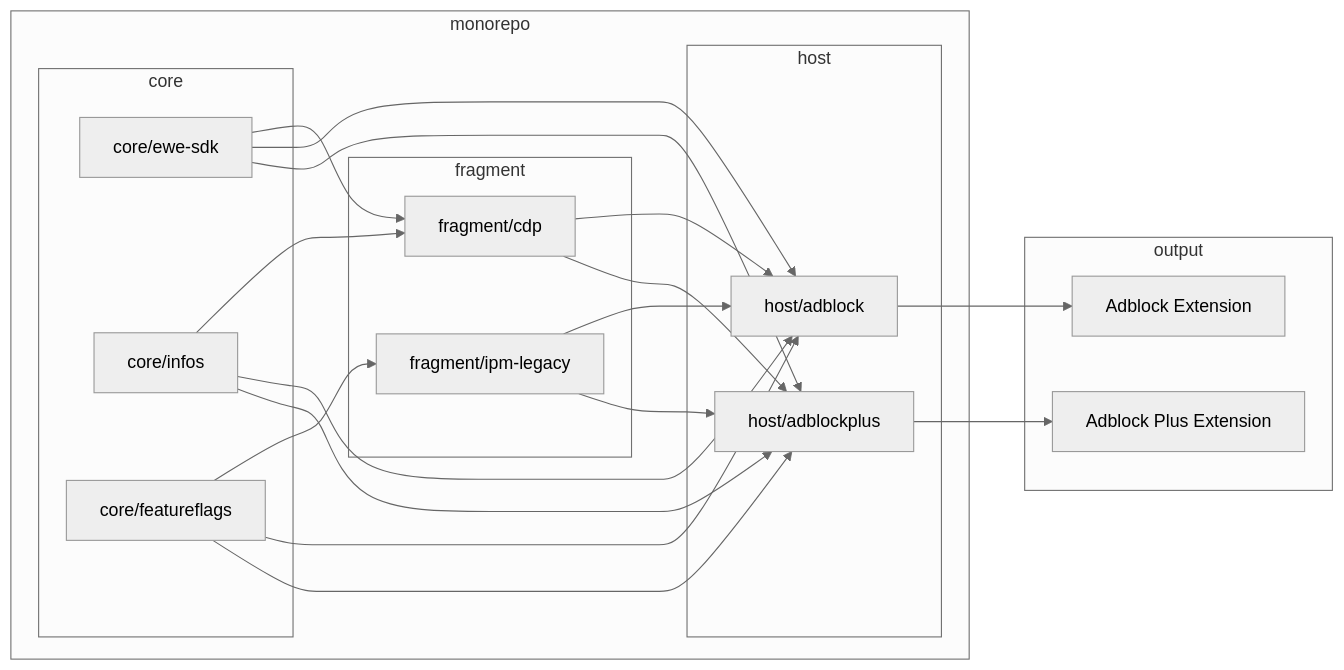
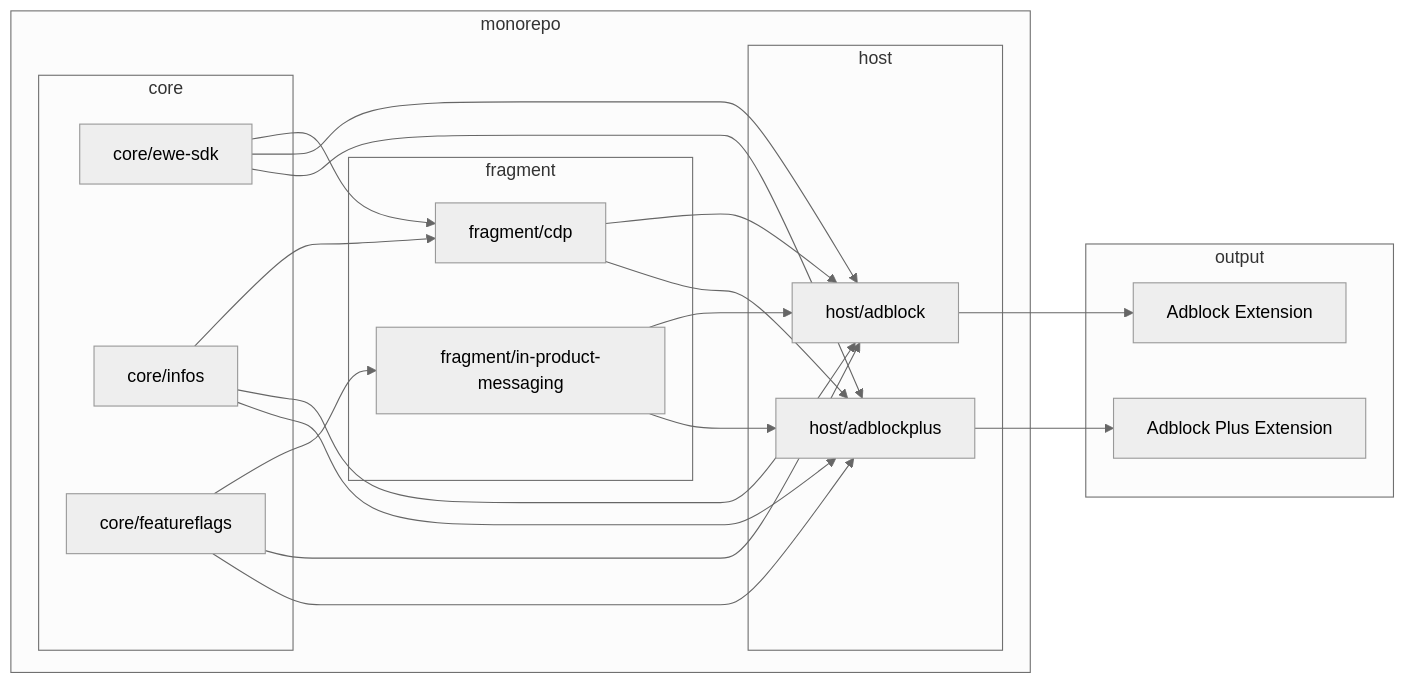
One commit to stylist111/bloky changed the diagram in docs/ARCHITECTURE.md. Above: the diagram before and after it, drawn with Mermaid (neutral theme). The commit also changed 49 other files, not shown here.

First line of the commit message:
refactor: Removed @eyeo-fragments/ipm-legacy fragment [noissue]

````diff
--- a/docs/ARCHITECTURE.md
+++ b/docs/ARCHITECTURE.md
@@ -55,40 +55,40 @@
 ```mermaid
 graph LR;
   subgraph monorepo
   subgraph core
   core/ewe-sdk
   core/infos
   core/featureflags
   end
   subgraph fragment
-  fragment/ipm-legacy
+  fragment/in-product-messaging
   fragment/cdp
   end
   subgraph host
   host/adblock
   host/adblockplus
   end
   end
   subgraph output
   Adblock[Adblock Extension]
   AdblockPlus[Adblock Plus Extension]
   end
 
   core/ewe-sdk-->fragment/cdp
   core/infos-->fragment/cdp;
-  core/featureflags-->fragment/ipm-legacy;
+  core/featureflags-->fragment/in-product-messaging;
 
   core/ewe-sdk-->host/adblock;
   core/infos-->host/adblock;
   core/featureflags-->host/adblock;
-  fragment/ipm-legacy-->host/adblock;
+  fragment/in-product-messaging-->host/adblock;
   fragment/cdp-->host/adblock;
   host/adblock-->Adblock
 
   core/ewe-sdk-->host/adblockplus;
   core/infos-->host/adblockplus;
   core/featureflags-->host/adblockplus;
-  fragment/ipm-legacy-->host/adblockplus;
+  fragment/in-product-messaging-->host/adblockplus;
   fragment/cdp-->host/adblockplus;
   host/adblockplus-->AdblockPlus
 ```
````
